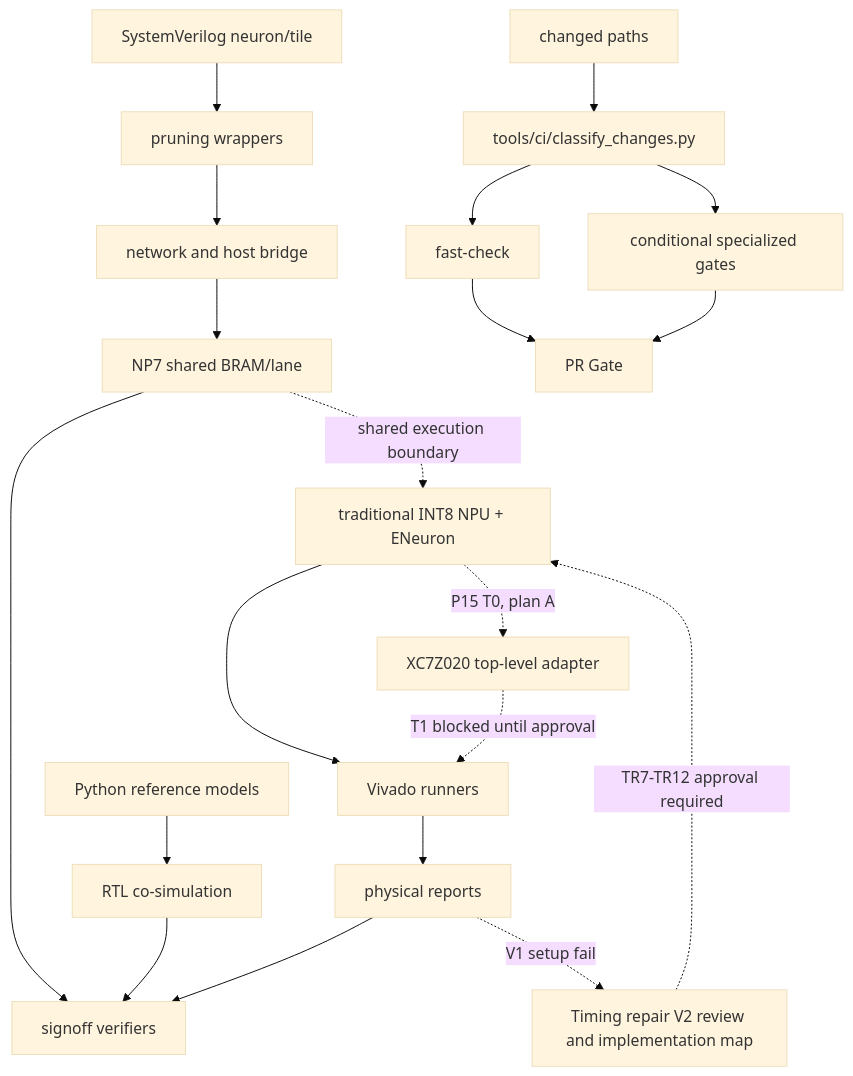
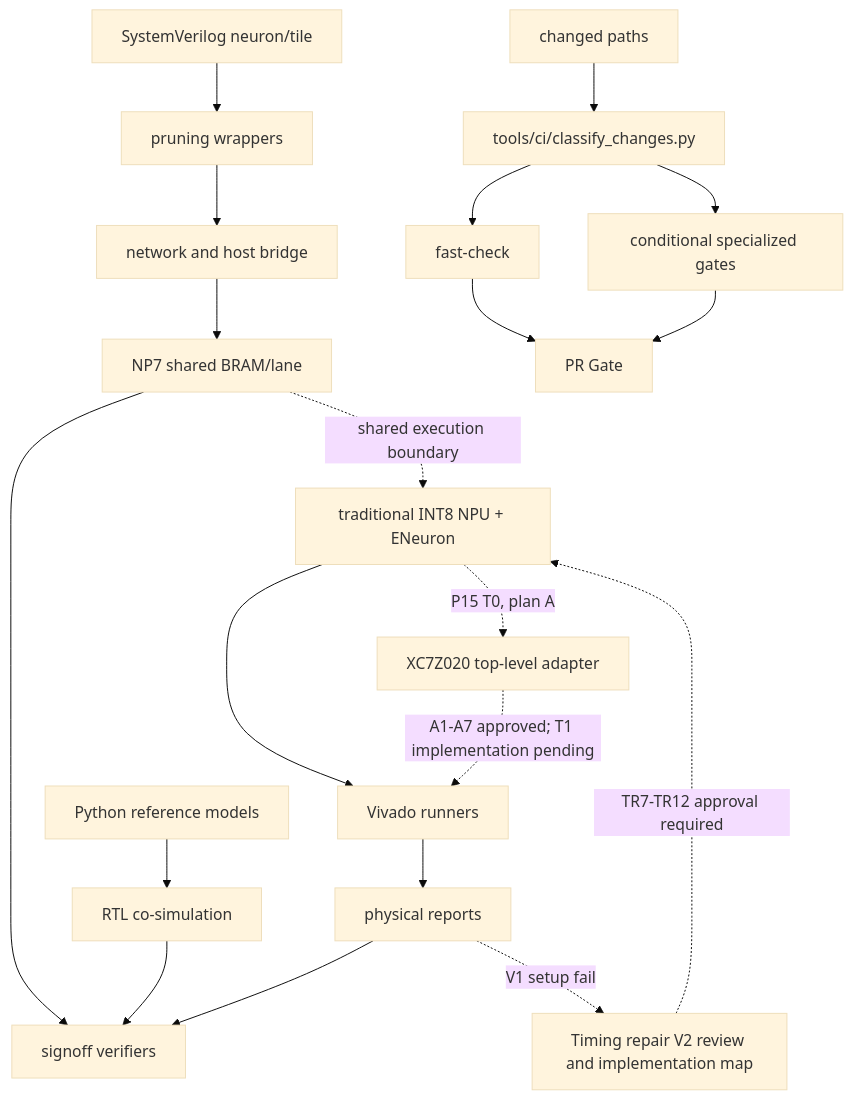
The diagram in .nexus-map/arch/dependencies.md (Epslion404/ENeuron), drawn with Mermaid (base theme) before and after one commit. The commit also changed other lines of this file and 8 other files, not shown here.

````diff
--- a/.nexus-map/arch/dependencies.md
+++ b/.nexus-map/arch/dependencies.md
@@ -7,22 +7,22 @@
 ```mermaid
 graph TD
   ref[Python reference models] --> cosim[RTL co-simulation]
   rtl[SystemVerilog neuron/tile] --> wrap[pruning wrappers]
   wrap --> net[network and host bridge]
   net --> np7[NP7 shared BRAM/lane]
   np7 --> verify[signoff verifiers]
   cosim --> verify[signoff verifiers]
   vivado[Vivado runners] --> reports[physical reports]
   reports --> verify
   reports -. V1 setup fail .-> timing[Timing repair V2 review and implementation map]
   timing -. TR7-TR12 approval required .-> npu
   np7 -. shared execution boundary .-> npu[traditional INT8 NPU + ENeuron]
   npu --> vivado
   npu -. P15 T0, plan A .-> p15[XC7Z020 top-level adapter]
-  p15 -. T1 blocked until approval .-> vivado
+  p15 -. A1-A7 approved; T1 implementation pending .-> vivado
   changes[changed paths] --> classify[tools/ci/classify_changes.py]
   classify --> fast[fast-check]
   classify --> specialized[conditional specialized gates]
   fast --> gate[PR Gate]
   specialized --> gate
 ```
````
